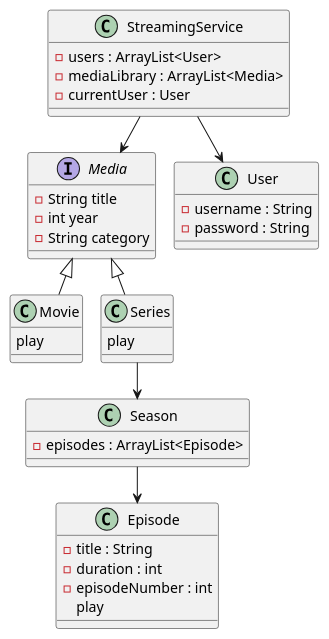
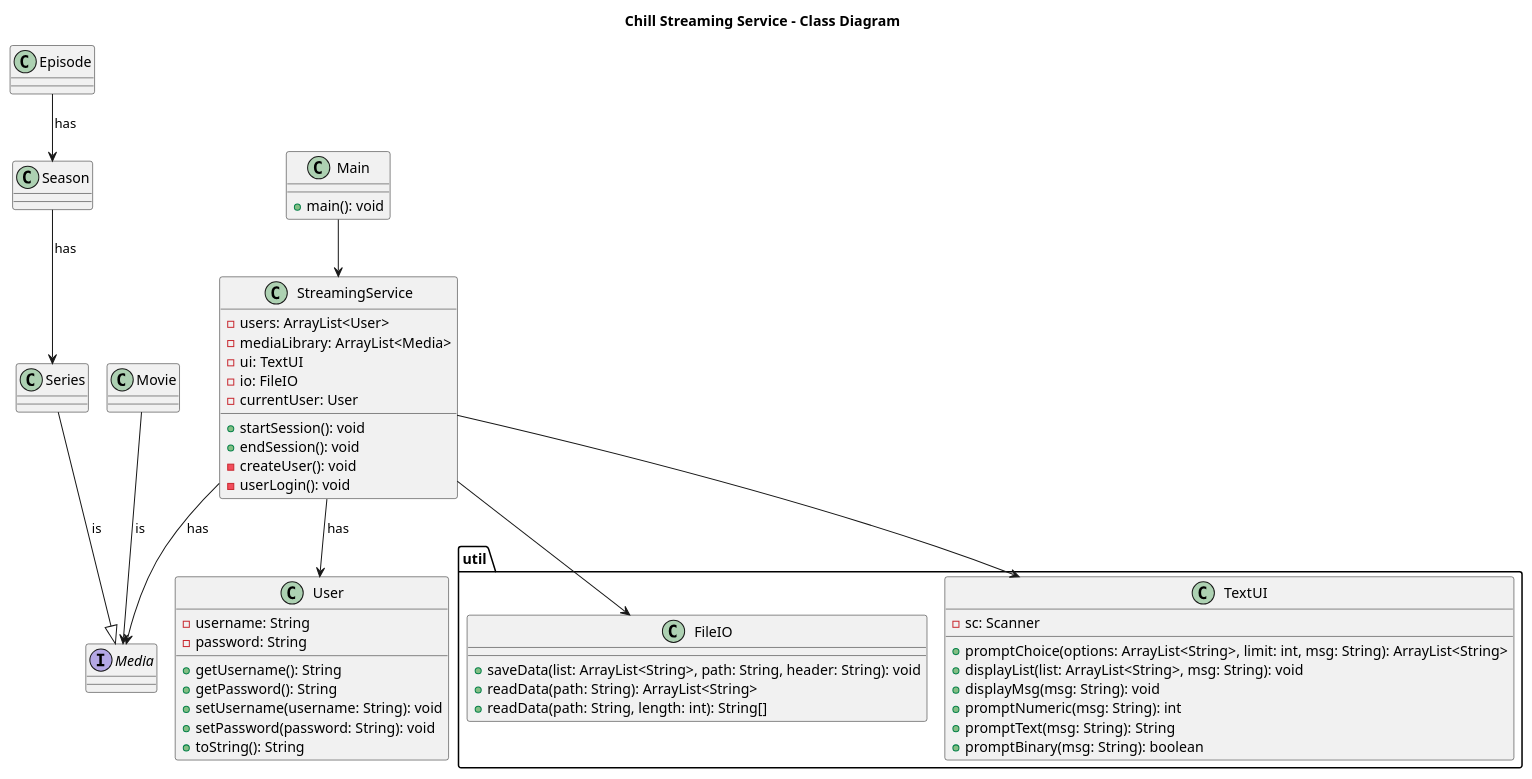
Before and after one commit to Britzgrank1/SP3: the diagram in doc/Classdiagram.puml, drawn with PlantUML. The commit also changed 1 other file, not shown here.

```diff
--- a/doc/Classdiagram.puml
+++ b/doc/Classdiagram.puml
@@ -1,54 +1,70 @@
 @startuml
 !pragma layout smetana
 
-class StreamingService {
-    - users : ArrayList<User>
-    - mediaLibrary : ArrayList<Media>
-    - currentUser : User
+title Chill Streaming Service - Class Diagram
+
+package util {
+    class FileIO {
+        +saveData(list: ArrayList<String>, path: String, header: String): void
+        +readData(path: String): ArrayList<String>
+        +readData(path: String, length: int): String[]
+    }
+
+    class TextUI {
+        -sc: Scanner
+        +promptChoice(options: ArrayList<String>, limit: int, msg: String): ArrayList<String>
+        +displayList(list: ArrayList<String>, msg: String): void
+        +displayMsg(msg: String): void
+        +promptNumeric(msg: String): int
+        +promptText(msg: String): String
+        +promptBinary(msg: String): boolean
+    }
 }
 
-Interface Media {
-    - String title
-    - int year
-    - String category
+interface Media
+
+class Series
+class Season
+class Episode
+class Movie
+
+class User {
+    -username: String
+    -password: String
+    +getUsername(): String
+    +getPassword(): String
+    +setUsername(username: String): void
+    +setPassword(password: String): void
+    +toString(): String
 }
 
-class Movie {
-    play
+class StreamingService {
+    -users: ArrayList<User>
+    -mediaLibrary: ArrayList<Media>
+    -ui: TextUI
+    -io: FileIO
+    -currentUser: User
+
+    +startSession(): void
+    +endSession(): void
+    -createUser(): void
+    -userLogin(): void
 }
 
-class Series {
-    play
+class Main {
+    +main(): void
 }
 
-class Season {
-    - episodes : ArrayList<Episode>
-}
+StreamingService --> User : has >
+StreamingService --> Media : has >
+StreamingService --> TextUI : >
+StreamingService --> FileIO : >
 
-class Episode {
-    - title : String
-    - duration : int
-    - episodeNumber : int
-    play
-}
+Season --> Series : has >
+Episode --> Season : has >
+Movie --> Media : is
+Series --|> Media : is
 
-class User {
-    - username : String
-    - password : String
-}
-
-
-'Relationer'
-
-StreamingService  -->  User
-StreamingService  --> Media
-
-
-Media <|-- Movie
-Media <|-- Series
-
-Series  -->  Season
-Season  -->  Episode
-
+Main --> StreamingService :  >
 
 @enduml
```
